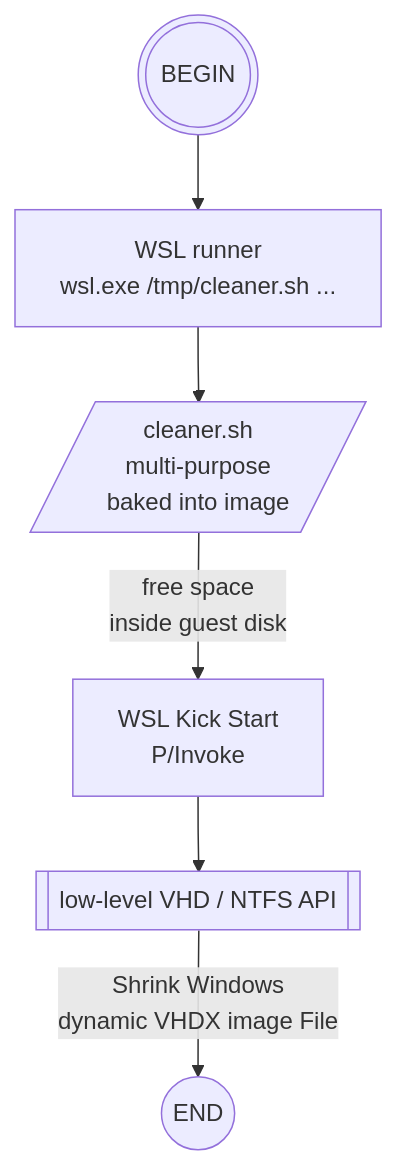
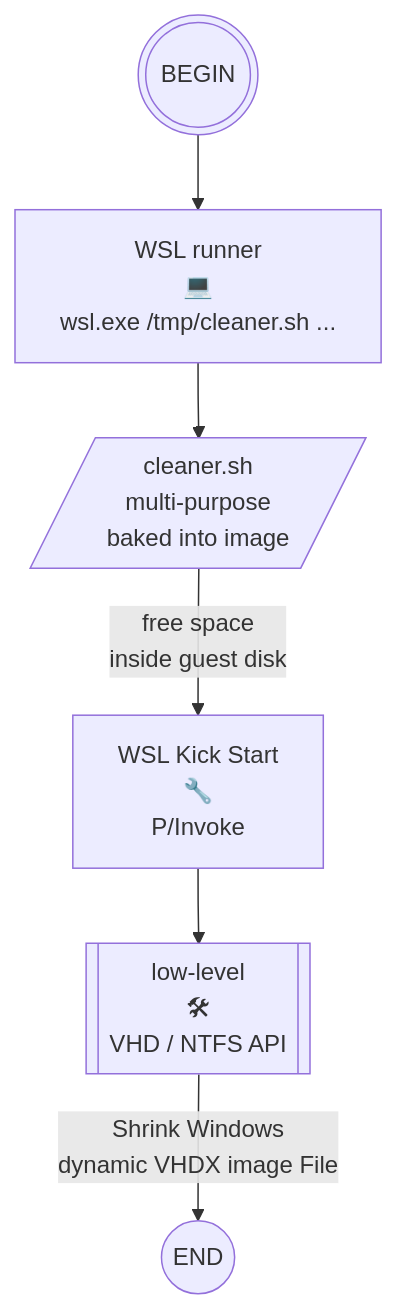
One commit to sergueik/powershell_samples changed the diagram in external/csharp/basic-wsl_manager/README.md. Above: the diagram before and after it, drawn with Mermaid. The commit also changed other lines of this file and 1 other file, not shown here.

````diff
--- a/external/csharp/basic-wsl_manager/README.md
+++ b/external/csharp/basic-wsl_manager/README.md
@@ -431,16 +431,16 @@
 ```mermaid
 flowchart TB
 %% Shrink Windows-visible<br/>dynamic image
 BEGIN(((BEGIN)))
 END((END))
-API[["low-level VHD / NTFS API"]]
+API[["low-level<br/>🛠<br/>VHD / NTFS API"]]
 CLEANER[/"cleaner.sh<br/>multi-purpose<br/>baked into image"/]
 
 BEGIN --> WSLRUN
-WSLRUN["WSL runner<br/>wsl.exe /tmp/cleaner.sh ..."]
-PINVOKE["WSL Kick Start<br/>P/Invoke"]
+WSLRUN["WSL runner<br/>💻<br/>wsl.exe /tmp/cleaner.sh ..."]
+PINVOKE["WSL Kick Start<br/>🔧<br/>P/Invoke"]
 WSLRUN --> CLEANER
 CLEANER  -- "free space<br/>inside guest disk" --> PINVOKE
 PINVOKE--> API
 API -- "Shrink Windows<br/>dynamic VHDX image File" --> END
 ```
````
